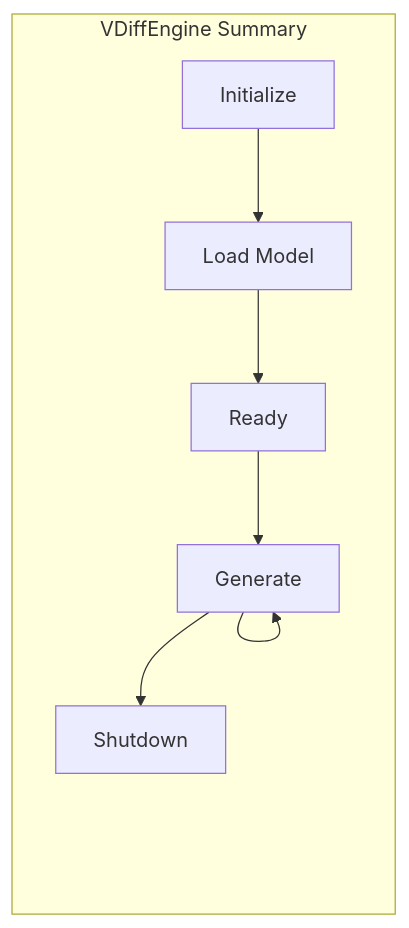
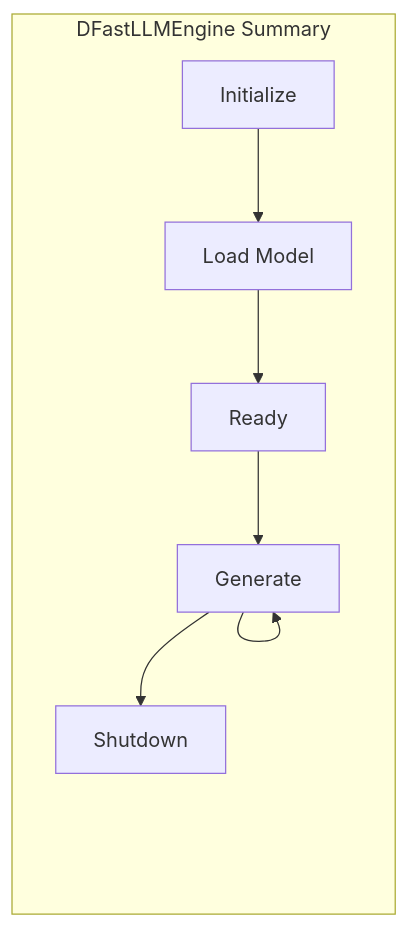
Diagram 16 of 16 in docs/dev-doc/04-engine.md (mwaykole/vdiff), drawn with Mermaid before and after one commit. The commit also changed other lines of this file and 53 other files, not shown here.

````diff
--- a/docs/dev-doc/04-engine.md
+++ b/docs/dev-doc/04-engine.md
@@ -611,13 +611,13 @@
 ```mermaid
 flowchart LR
-    subgraph Engine["VDiffEngine Summary"]
+    subgraph Engine["DFastLLMEngine Summary"]
         INIT["Initialize"]
         LOAD["Load Model"]
         READY["Ready"]
         GEN["Generate"]
         SHUT["Shutdown"]
     end
     
     INIT --> LOAD --> READY --> GEN --> SHUT
     GEN --> GEN
 ```
````
